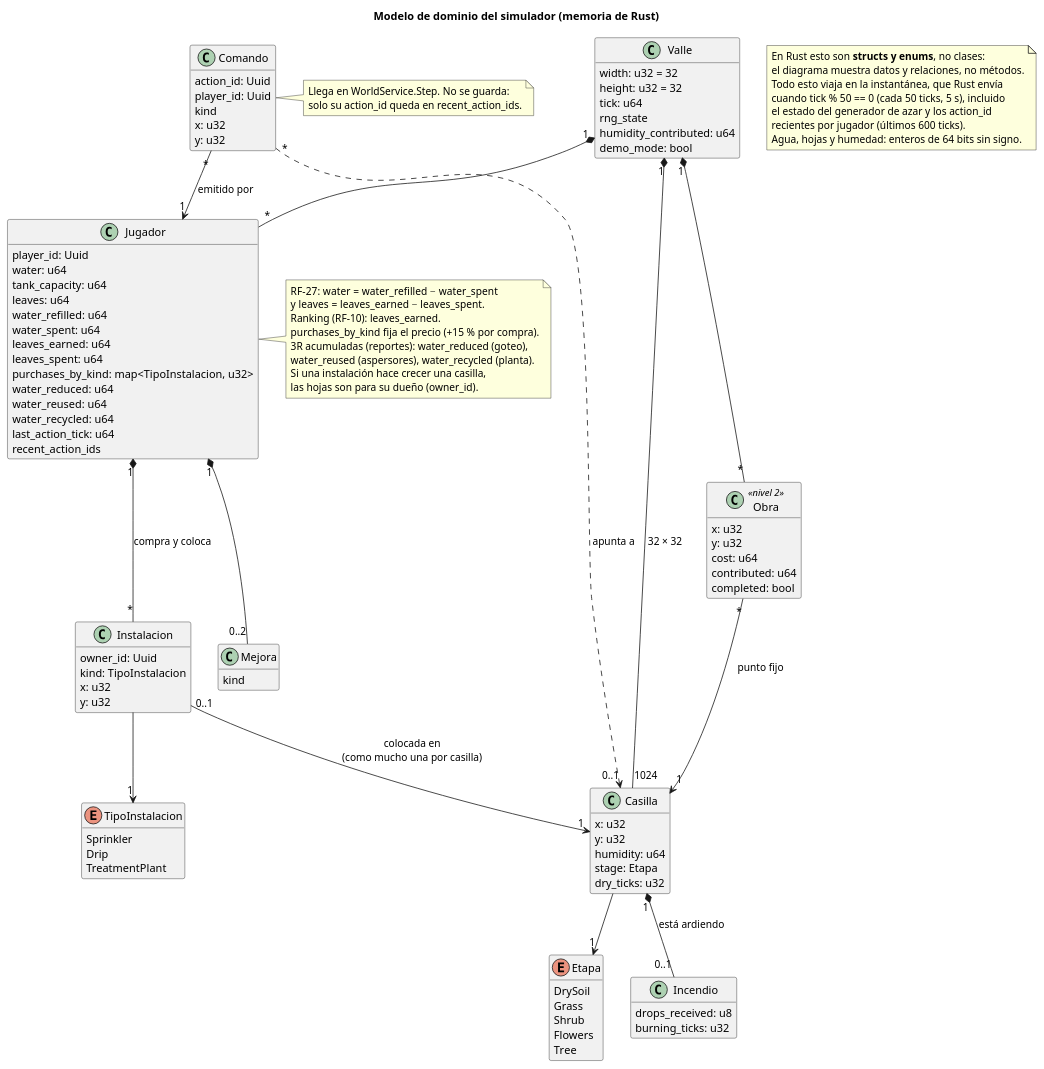
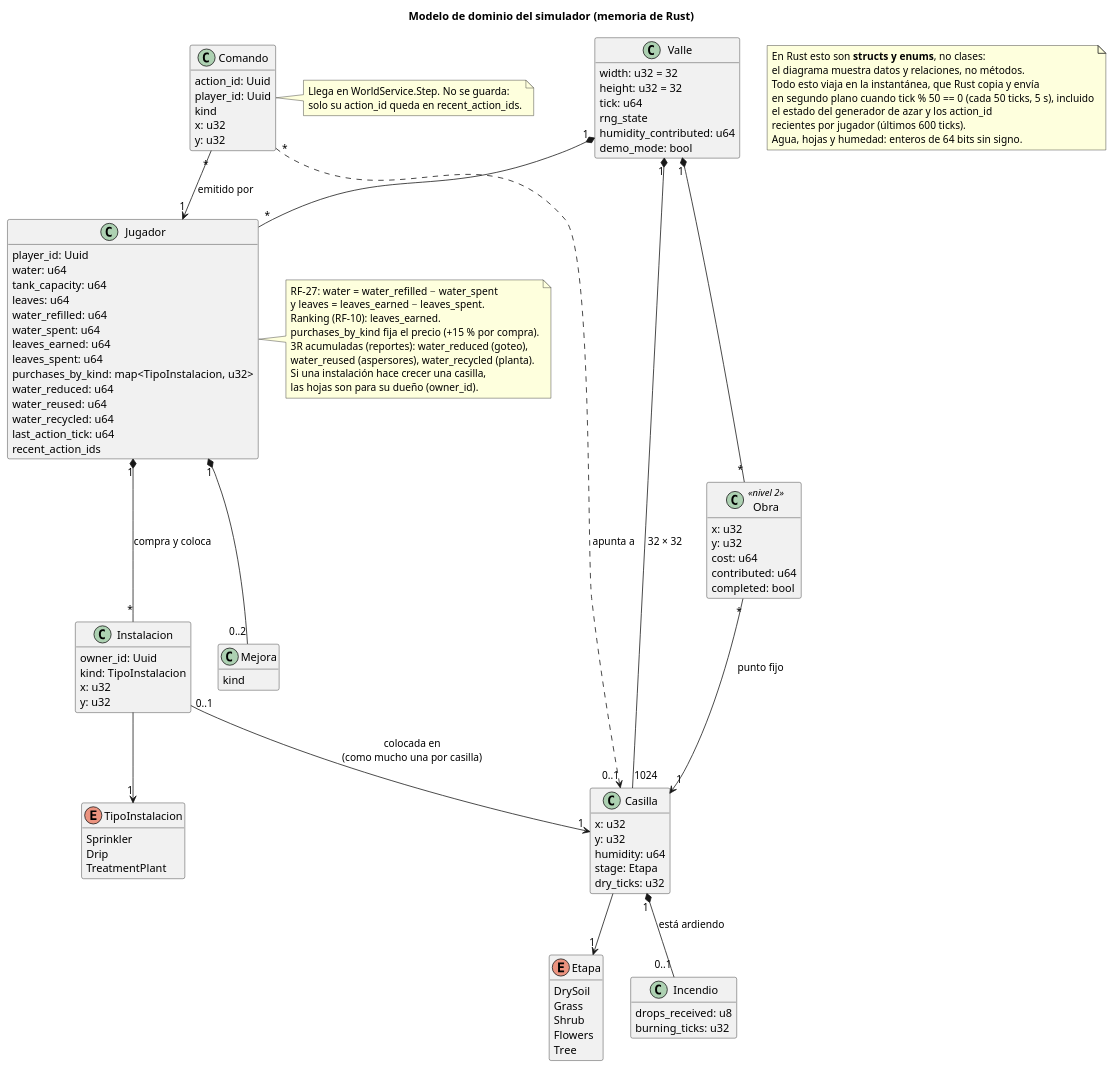
Before and after one commit to iadev2005/hydrovalley: the diagram in docs/diagrams/06-dominio-simulador.puml, drawn with PlantUML. The commit also changed 5 other files, not shown here.

```diff
--- a/docs/diagrams/06-dominio-simulador.puml
+++ b/docs/diagrams/06-dominio-simulador.puml
@@ -1,124 +1,124 @@
 @startuml 06-dominio-simulador
 title Modelo de dominio del simulador (memoria de Rust)
 hide empty methods
 
 class Valle {
   width: u32 = 32
   height: u32 = 32
   tick: u64
   rng_state
   humidity_contributed: u64
   demo_mode: bool
 }
 
 class Casilla {
   x: u32
   y: u32
   humidity: u64
   stage: Etapa
   dry_ticks: u32
 }
 
 enum Etapa {
   DrySoil
   Grass
   Shrub
   Flowers
   Tree
 }
 
 class Jugador {
   player_id: Uuid
   water: u64
   tank_capacity: u64
   leaves: u64
   water_refilled: u64
   water_spent: u64
   leaves_earned: u64
   leaves_spent: u64
   purchases_by_kind: map<TipoInstalacion, u32>
   water_reduced: u64
   water_reused: u64
   water_recycled: u64
   last_action_tick: u64
   recent_action_ids
 }
 
 class Instalacion {
   owner_id: Uuid
   kind: TipoInstalacion
   x: u32
   y: u32
 }
 
 enum TipoInstalacion {
   Sprinkler
   Drip
   TreatmentPlant
 }
 
 class Mejora {
   kind
 }
 
 class Comando {
   action_id: Uuid
   player_id: Uuid
   kind
   x: u32
   y: u32
 }
 
 class Incendio {
   drops_received: u8
   burning_ticks: u32
 }
 
 class Obra <<nivel 2>> {
   x: u32
   y: u32
   cost: u64
   contributed: u64
   completed: bool
 }
 
 Valle "1" *-- "1024" Casilla : 32 × 32
 Valle "1" *-- "*" Jugador
 Casilla --> "1" Etapa
 Casilla "1" *-- "0..1" Incendio : está ardiendo
 Jugador "1" *-- "*" Instalacion : compra y coloca
 Instalacion --> "1" TipoInstalacion
 Instalacion "0..1" --> "1" Casilla : colocada en\n(como mucho una por casilla)
 Jugador "1" *-- "0..2" Mejora
 Comando "*" --> "1" Jugador : emitido por
 Comando "*" ..> "0..1" Casilla : apunta a
 Valle "1" *-- "*" Obra
 Obra "*" --> "1" Casilla : punto fijo
 
 note as N1
   En Rust esto son <b>structs y enums</b>, no clases:
   el diagrama muestra datos y relaciones, no métodos.
-  Todo esto viaja en la instantánea, que Rust envía
-  cuando tick % 50 == 0 (cada 50 ticks, 5 s), incluido
+  Todo esto viaja en la instantánea, que Rust copia y envía
+  en segundo plano cuando tick % 50 == 0 (cada 50 ticks, 5 s), incluido
   el estado del generador de azar y los action_id
   recientes por jugador (últimos 600 ticks).
   Agua, hojas y humedad: enteros de 64 bits sin signo.
 end note
 
 note right of Jugador
   RF-27: water = water_refilled − water_spent
   y leaves = leaves_earned − leaves_spent.
   Ranking (RF-10): leaves_earned.
   purchases_by_kind fija el precio (+15 % por compra).
   3R acumuladas (reportes): water_reduced (goteo),
   water_reused (aspersores), water_recycled (planta).
   Si una instalación hace crecer una casilla,
   las hojas son para su dueño (owner_id).
 end note
 
 note right of Comando
   Llega en WorldService.Step. No se guarda:
   solo su action_id queda en recent_action_ids.
 end note
 
 @enduml
```
